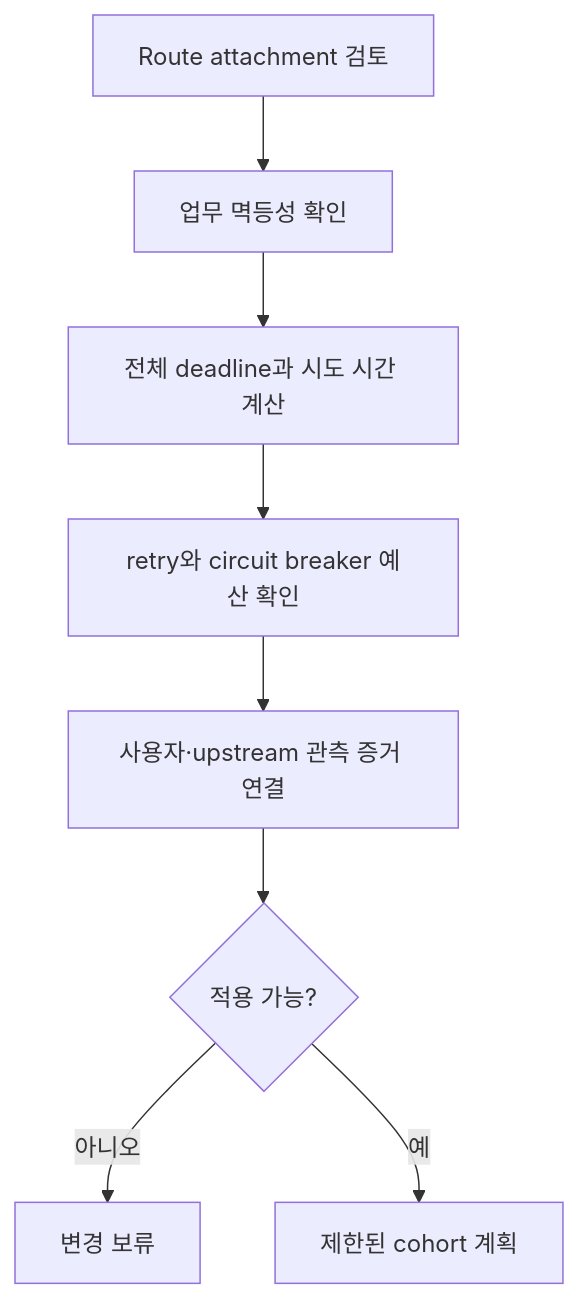
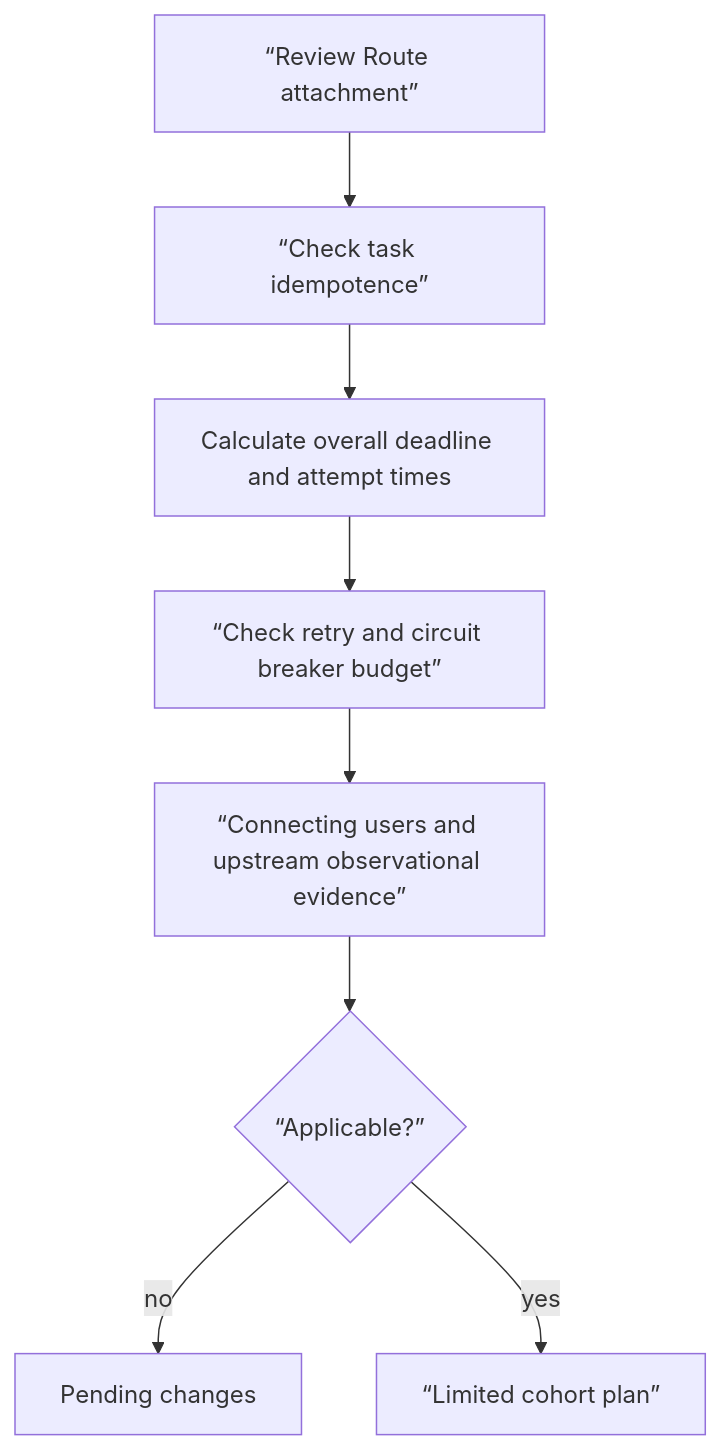
The diagram in docs-site/content/traffic-resilience/02-route-and-retry-review-lab.md (nohdol97/nohdol-study), drawn with Mermaid before and after one commit. The commit also changed other lines of this file and 116 other files, not shown here.

````diff
--- a/docs-site/content/traffic-resilience/02-route-and-retry-review-lab.md
+++ b/docs-site/content/traffic-resilience/02-route-and-retry-review-lab.md
@@ -19,10 +19,10 @@
 ```mermaid
 flowchart TB
-  R["Route attachment 검토"] --> I["업무 멱등성 확인"]
-  I --> T["전체 deadline과 시도 시간 계산"]
-  T --> B["retry와 circuit breaker 예산 확인"]
-  B --> O["사용자·upstream 관측 증거 연결"]
-  O --> D{"적용 가능?"}
-  D -->|"아니오"| X["변경 보류"]
-  D -->|"예"| P["제한된 cohort 계획"]
+  R[“Review Route attachment”] --> I[“Check task idempotence”]
+  I --> T["Calculate overall deadline and attempt times"]
+  T --> B[“Check retry and circuit breaker budget”]
+  B --> O[“Connecting users and upstream observational evidence”]
+  O --> D{“Applicable?”}
+  D -->|"no"| X["Pending changes"]
+  D -->|"yes"| P[“Limited cohort plan”]
 ```
````
